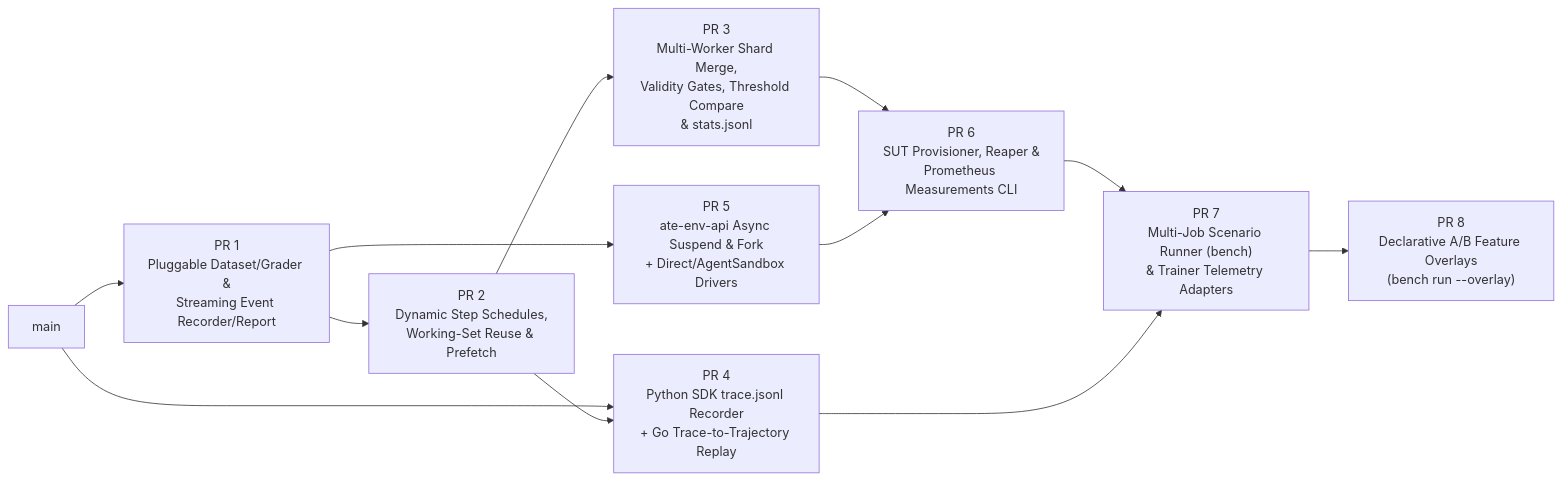
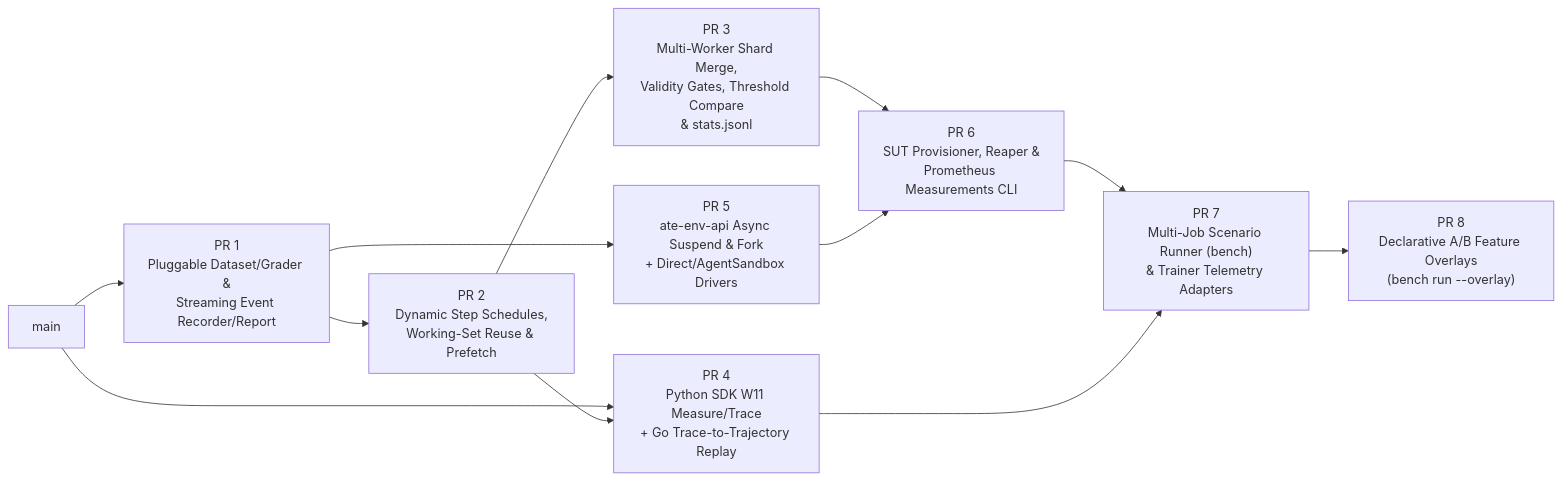
One commit to ai-on-gke/sandboxenv-rl changed the third of 3 diagrams in internal/benchmarking/PLAN.md. Above: the diagram before and after it, drawn with Mermaid. The commit also changed other lines of this file, not shown here.

Commit message:
docs(benchmarking): add 8-PR implementation plan for DESIGN.md to sequence benchmarking roadmap

````diff
--- a/internal/benchmarking/PLAN.md
+++ b/internal/benchmarking/PLAN.md
@@ -230,19 +243,19 @@
 ```mermaid
 flowchart LR
     MAIN["main"]
     PR1["PR 1\nPluggable Dataset/Grader &\nStreaming Event Recorder/Report"]
     PR2["PR 2\nDynamic Step Schedules,\nWorking-Set Reuse & Prefetch"]
     PR3["PR 3\nMulti-Worker Shard Merge,\nValidity Gates, Threshold Compare\n& stats.jsonl"]
-    PR4["PR 4\nPython SDK trace.jsonl Recorder\n+ Go Trace-to-Trajectory Replay"]
+    PR4["PR 4\nPython SDK W11 Measure/Trace\n+ Go Trace-to-Trajectory Replay"]
     PR5["PR 5\nate-env-api Async Suspend & Fork\n+ Direct/AgentSandbox Drivers"]
     PR6["PR 6\nSUT Provisioner, Reaper &\nPrometheus Measurements CLI"]
     PR7["PR 7\nMulti-Job Scenario Runner (bench)\n& Trainer Telemetry Adapters"]
     PR8["PR 8\nDeclarative A/B Feature Overlays\n(bench run --overlay)"]
 
     MAIN --> PR1 --> PR2 --> PR3
     MAIN --> PR4
     PR2 --> PR4
     PR1 --> PR5
     PR3 & PR5 --> PR6 --> PR7 --> PR8
     PR4 --> PR7
 ```
````
